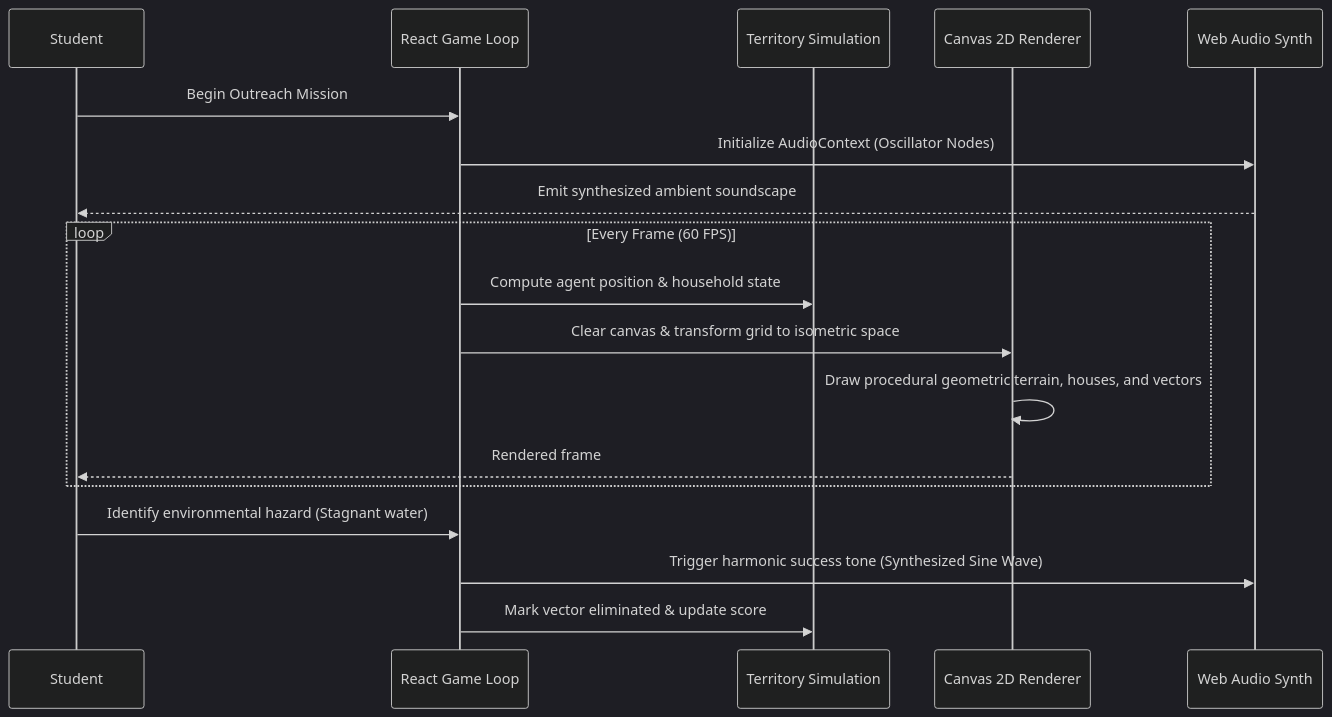
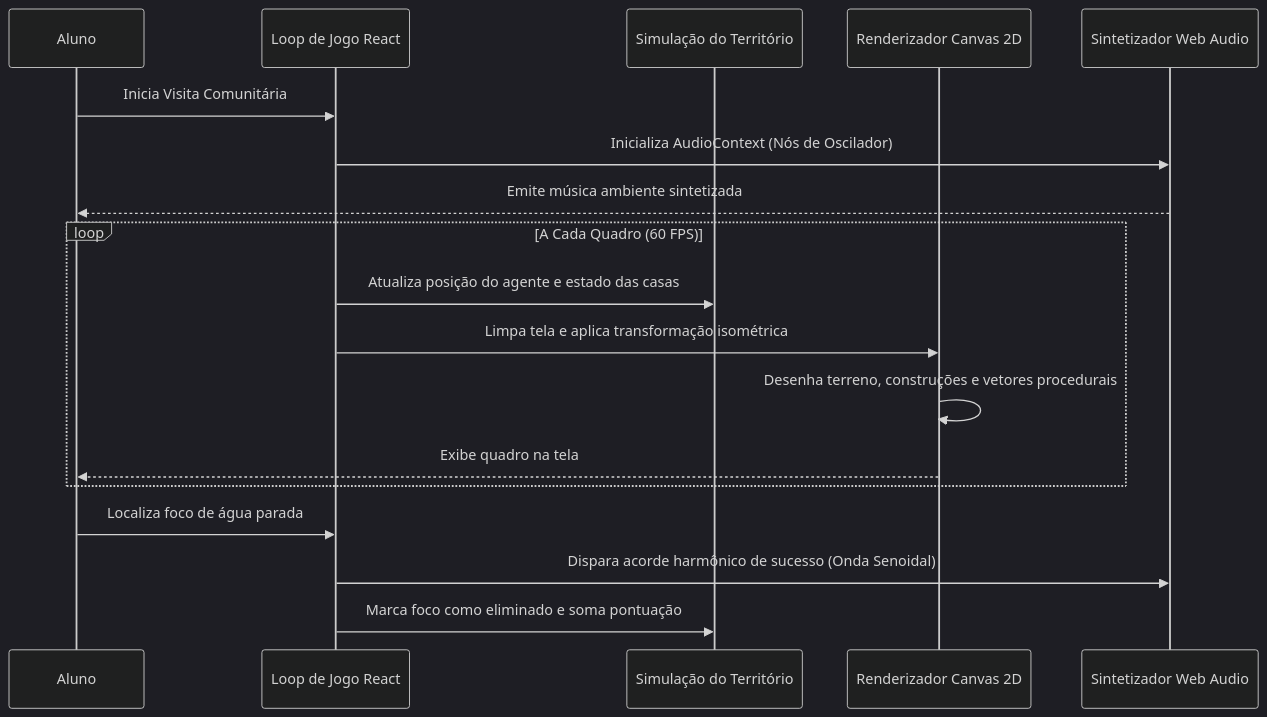
One commit to Fcsscoder/case-studies changed the second of 2 diagrams in 3d-graphics-and-simulation/procedural-2d-isometric-health-sim/README.md. Above: the diagram before and after it, drawn with Mermaid (dark theme). The commit also changed other lines of this file and 21 other files, not shown here.

````diff
--- a/3d-graphics-and-simulation/procedural-2d-isometric-health-sim/README.md
+++ b/3d-graphics-and-simulation/procedural-2d-isometric-health-sim/README.md
@@ -34,21 +34,21 @@
 ```mermaid
 sequenceDiagram
-    participant User as Student
-    participant Engine as React Game Loop
-    participant Territory as Territory Simulation
-    participant Canvas as Canvas 2D Renderer
-    participant Audio as Web Audio Synth
+    participant User as Aluno
+    participant Engine as Loop de Jogo React
+    participant Territory as Simulação do Território
+    participant Canvas as Renderizador Canvas 2D
+    participant Audio as Sintetizador Web Audio
 
-    User->>Engine: Begin Outreach Mission
-    Engine->>Audio: Initialize AudioContext (Oscillator Nodes)
-    Audio-->>User: Emit synthesized ambient soundscape
-    loop Every Frame (60 FPS)
-        Engine->>Territory: Compute agent position & household state
-        Engine->>Canvas: Clear canvas & transform grid to isometric space
-        Canvas->>Canvas: Draw procedural geometric terrain, houses, and vectors
-        Canvas-->>User: Rendered frame
+    User->>Engine: Inicia Visita Comunitária
+    Engine->>Audio: Inicializa AudioContext (Nós de Oscilador)
+    Audio-->>User: Emite música ambiente sintetizada
+    loop A Cada Quadro (60 FPS)
+        Engine->>Territory: Atualiza posição do agente e estado das casas
+        Engine->>Canvas: Limpa tela e aplica transformação isométrica
+        Canvas->>Canvas: Desenha terreno, construções e vetores procedurais
+        Canvas-->>User: Exibe quadro na tela
     end
-    User->>Engine: Identify environmental hazard (Stagnant water)
-    Engine->>Audio: Trigger harmonic success tone (Synthesized Sine Wave)
-    Engine->>Territory: Mark vector eliminated & update score
+    User->>Engine: Localiza foco de água parada
+    Engine->>Audio: Dispara acorde harmônico de sucesso (Onda Senoidal)
+    Engine->>Territory: Marca foco como eliminado e soma pontuação
 ```
````
